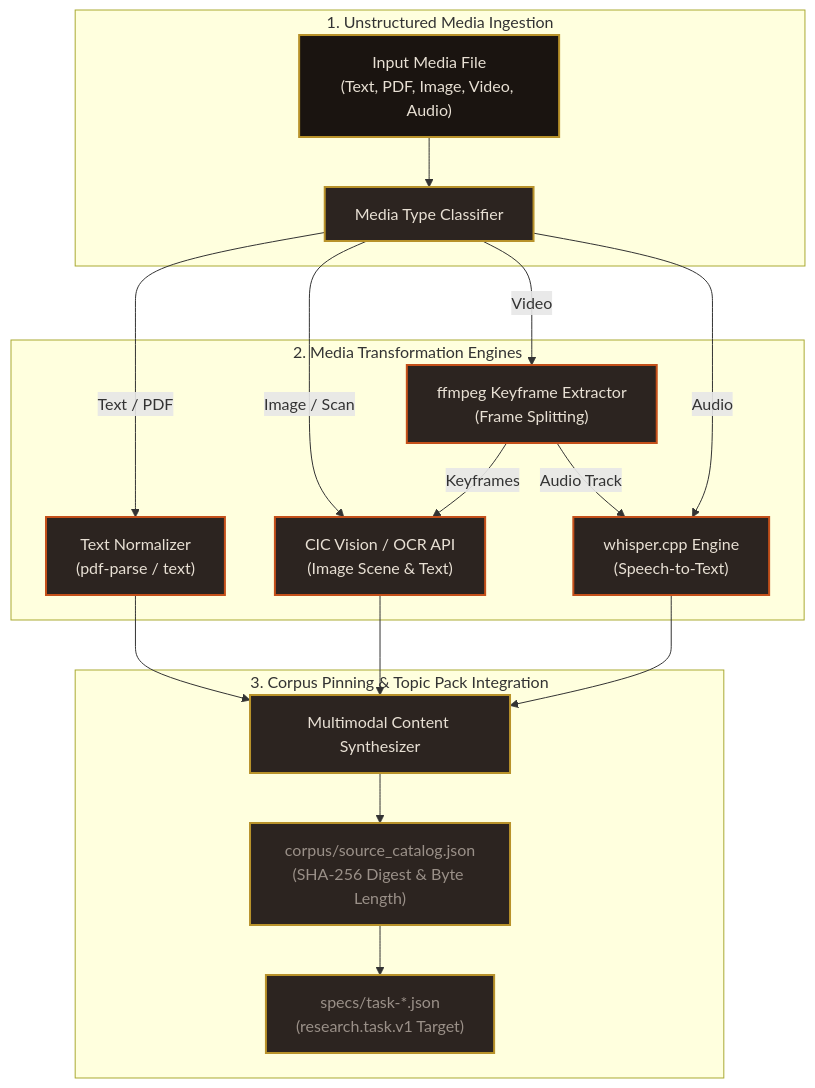
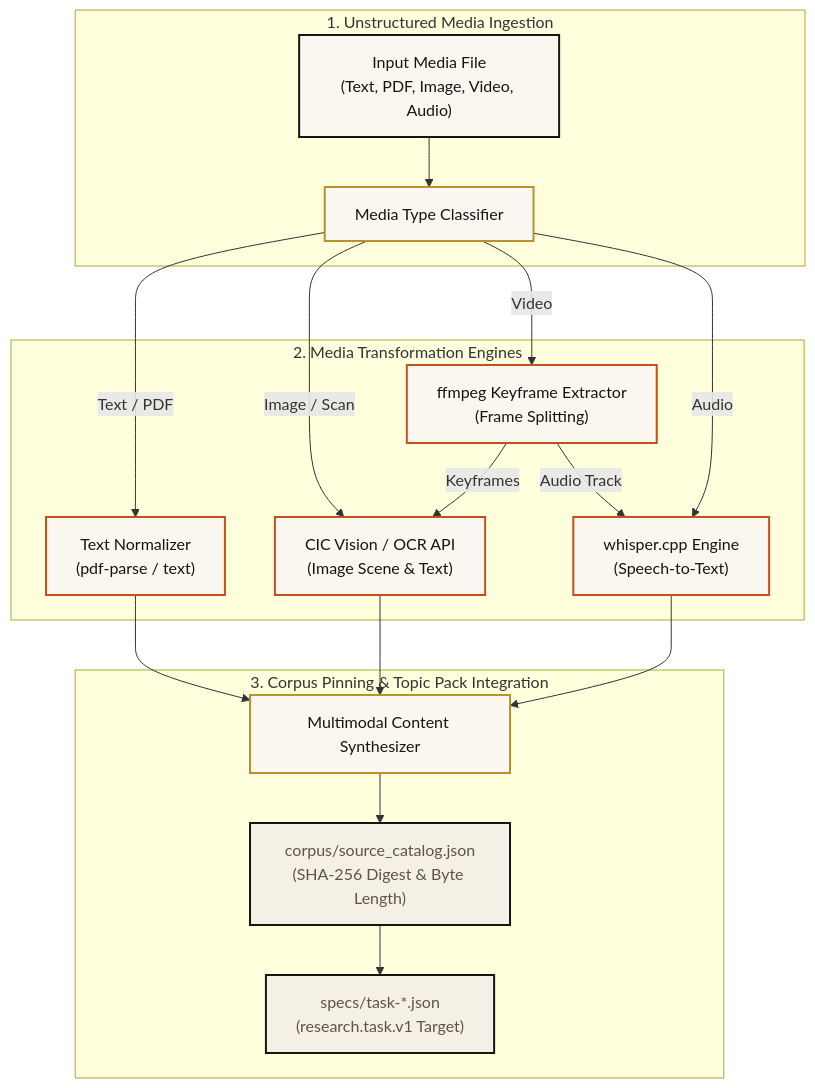
One commit to sorensencc-dotcom/TRM changed the diagram in wiki/Multimodal-Ingestion-&-Media-Pipeline.md. Above: the diagram before and after it, drawn with Mermaid. The commit also changed 23 other files, not shown here.

First line of the commit message:
docs(wiki): CIC readable parchment diagrams (F5F0E6 field)

````diff
--- a/wiki/Multimodal-Ingestion-&-Media-Pipeline.md
+++ b/wiki/Multimodal-Ingestion-&-Media-Pipeline.md
@@ -37,41 +37,41 @@
 ```mermaid
 flowchart TD
-    classDef inputStyle fill:#1A1410,stroke:#B8922A,stroke-width:2px,color:#E8E0D4;
-    classDef procStyle fill:#2C2420,stroke:#B8922A,stroke-width:2px,color:#E8E0D4;
-    classDef mediaStyle fill:#2C2420,stroke:#C4501A,stroke-width:2px,color:#E8E0D4;
-    classDef outStyle fill:#2C2420,stroke:#B8922A,stroke-width:2px,color:#9A9088;
+    classDef inputStyle fill:#FAF6F0,stroke:#1A1410,stroke-width:2px,color:#1A1410;
+    classDef procStyle fill:#FAF6F0,stroke:#B8922A,stroke-width:2px,color:#1A1410;
+    classDef mediaStyle fill:#FAF6F0,stroke:#C4501A,stroke-width:2px,color:#1A1410;
+    classDef outStyle fill:#F5F0E6,stroke:#1A1410,stroke-width:2px,color:#5C5349;
 
     subgraph Inputs["1. Unstructured Media Ingestion"]
         IN_FILE["Input Media File<br/>(Text, PDF, Image, Video, Audio)"]:::inputStyle
         CLASSIFY["Media Type Classifier"]:::procStyle
         IN_FILE --> CLASSIFY
     end
 
     subgraph Transformers["2. Media Transformation Engines"]
         TEXT_ENGINE["Text Normalizer<br/>(pdf-parse / text)"]:::mediaStyle
         OCR_ENGINE["CIC Vision / OCR API<br/>(Image Scene & Text)"]:::mediaStyle
         VIDEO_ENGINE["ffmpeg Keyframe Extractor<br/>(Frame Splitting)"]:::mediaStyle
         AUDIO_ENGINE["whisper.cpp Engine<br/>(Speech-to-Text)"]:::mediaStyle
 
         CLASSIFY -->|Text / PDF| TEXT_ENGINE
         CLASSIFY -->|Image / Scan| OCR_ENGINE
         CLASSIFY -->|Video| VIDEO_ENGINE
         CLASSIFY -->|Audio| AUDIO_ENGINE
 
         VIDEO_ENGINE -->|Keyframes| OCR_ENGINE
         VIDEO_ENGINE -->|Audio Track| AUDIO_ENGINE
     end
 
     subgraph Output["3. Corpus Pinning & Topic Pack Integration"]
         SYNTH["Multimodal Content Synthesizer"]:::procStyle
         PIN_CORPUS["corpus/source_catalog.json<br/>(SHA-256 Digest & Byte Length)"]:::outStyle
         SPEC_TARGET["specs/task-*.json<br/>(research.task.v1 Target)"]:::outStyle
 
         TEXT_ENGINE --> SYNTH
         OCR_ENGINE --> SYNTH
         AUDIO_ENGINE --> SYNTH
 
         SYNTH --> PIN_CORPUS
         PIN_CORPUS --> SPEC_TARGET
     end
 ```
````
